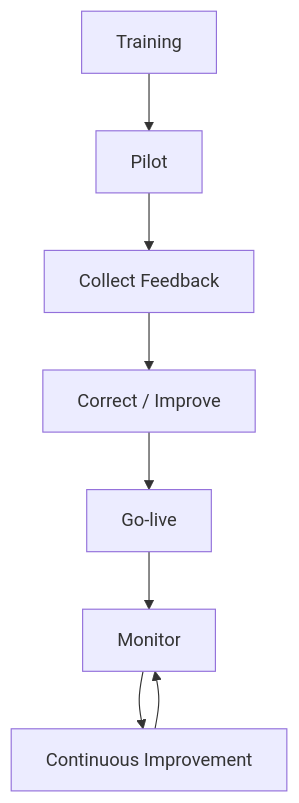
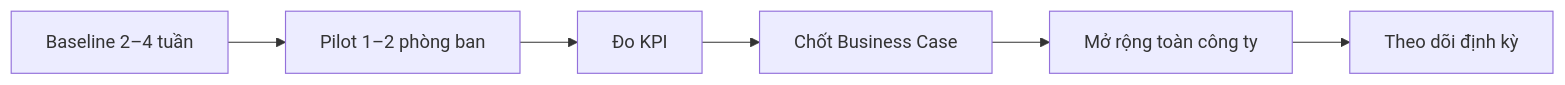
One commit to Nang0559/Reggister changed the seventh of 7 diagrams in MÔ HÌNH/DOCUMENTATION/03_PR_AND_LAUNCH.md. Above: the diagram before and after it, drawn with Mermaid. The commit also changed other lines of this file and 256 other files, not shown here.

````diff
--- a/MÔ HÌNH/DOCUMENTATION/03_PR_AND_LAUNCH.md
+++ b/MÔ HÌNH/DOCUMENTATION/03_PR_AND_LAUNCH.md
@@ -93,10 +242,8 @@
 ```mermaid
-flowchart TD
-    T[Training] --> PILOT[Pilot]
-    PILOT --> FEEDBACK[Collect Feedback]
-    FEEDBACK --> FIX[Correct / Improve]
-    FIX --> GO[Go-live]
-    GO --> MON[Monitor]
-    MON --> IMP[Continuous Improvement]
-    IMP --> MON
+flowchart LR
+    BASE[Baseline 2–4 tuần] --> PILOT[Pilot 1–2 phòng ban]
+    PILOT --> MEASURE[Đo KPI]
+    MEASURE --> BUSINESS[Chốt Business Case]
+    BUSINESS --> SCALE[Mở rộng toàn công ty]
+    SCALE --> MONITOR[Theo dõi định kỳ]
 ```
````
